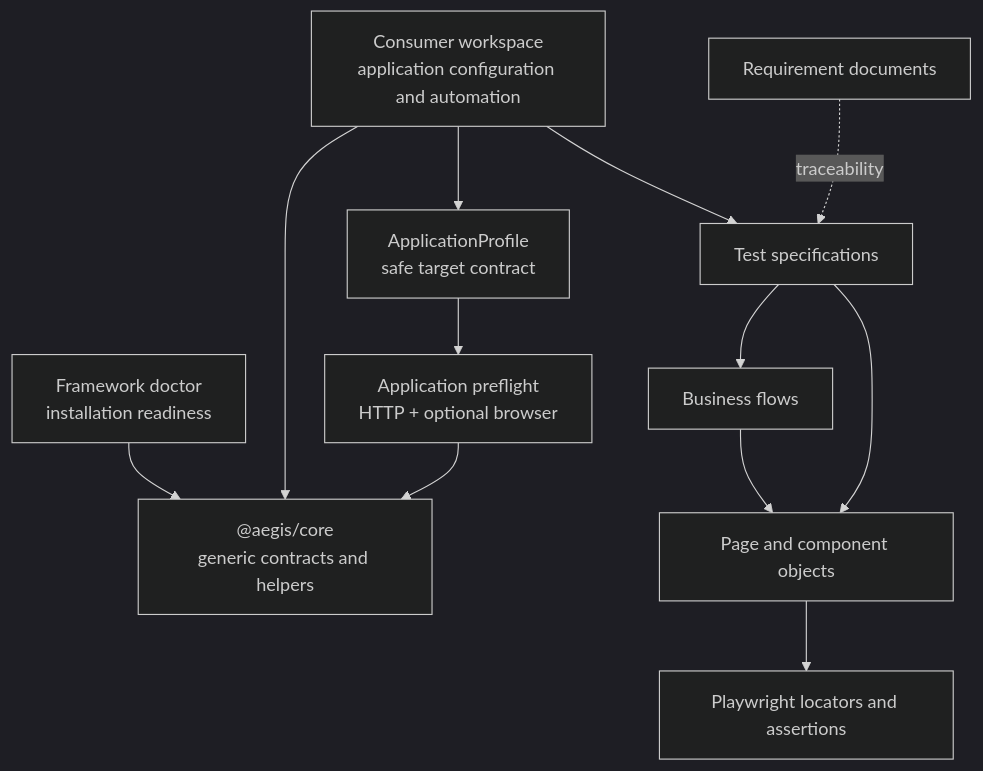
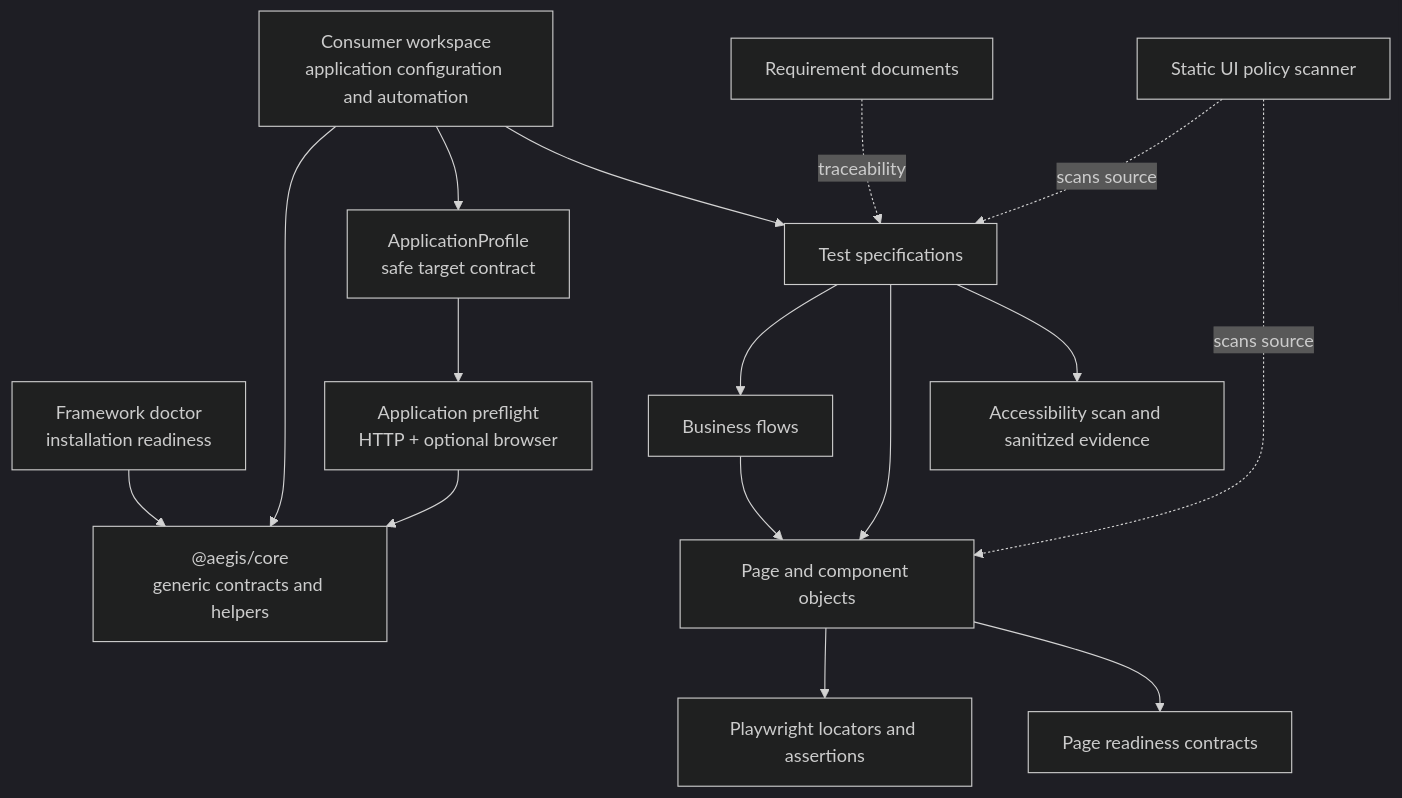
The first of 2 diagrams in docs/architecture.md (sumit89871/aegis-ai-playwright), drawn with Mermaid (dark theme) before and after one commit. The commit also changed other lines of this file and 30 other files, not shown here.

````diff
--- a/docs/architecture.md
+++ b/docs/architecture.md
@@ -5,25 +5,32 @@
 ```mermaid
 flowchart TD
     CORE["@aegis/core<br/>generic contracts and helpers"]
     DOCTOR["Framework doctor<br/>installation readiness"]
     PROFILE["ApplicationProfile<br/>safe target contract"]
     PREFLIGHT["Application preflight<br/>HTTP + optional browser"]
     CONSUMER["Consumer workspace<br/>application configuration and automation"]
     REQ[Requirement documents]
     TEST[Test specifications]
     FLOW[Business flows]
     UI[Page and component objects]
     PW[Playwright locators and assertions]
+    READY[Page readiness contracts]
+    A11Y[Accessibility scan and sanitized evidence]
+    POLICY[Static UI policy scanner]
 
     CONSUMER --> CORE
     DOCTOR --> CORE
     CONSUMER --> PROFILE
     PROFILE --> PREFLIGHT
     PREFLIGHT --> CORE
     REQ -. traceability .-> TEST
     CONSUMER --> TEST
     TEST --> FLOW
     TEST --> UI
     FLOW --> UI
     UI --> PW
+    UI --> READY
+    TEST --> A11Y
+    POLICY -. scans source .-> TEST
+    POLICY -. scans source .-> UI
 ```
````
